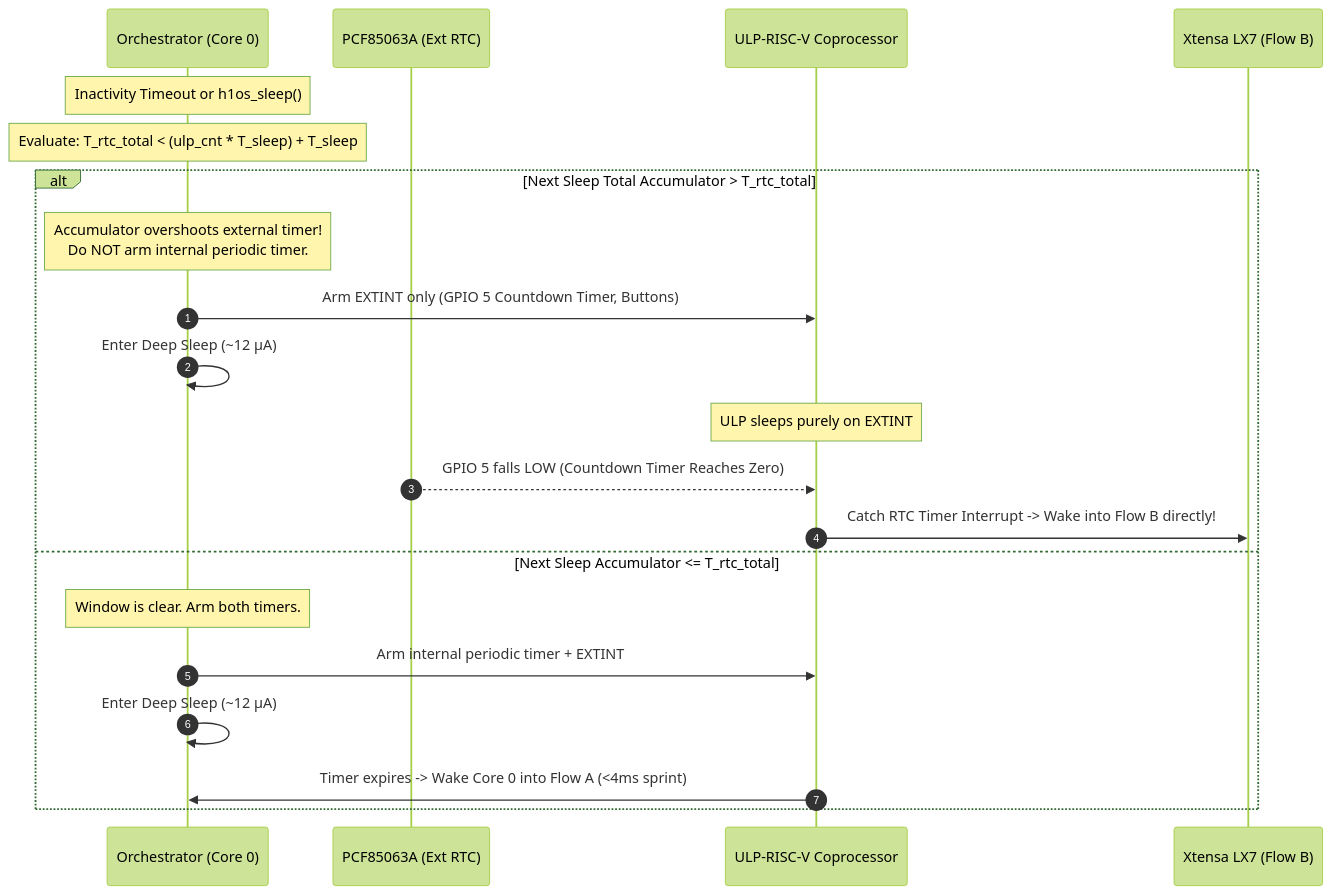
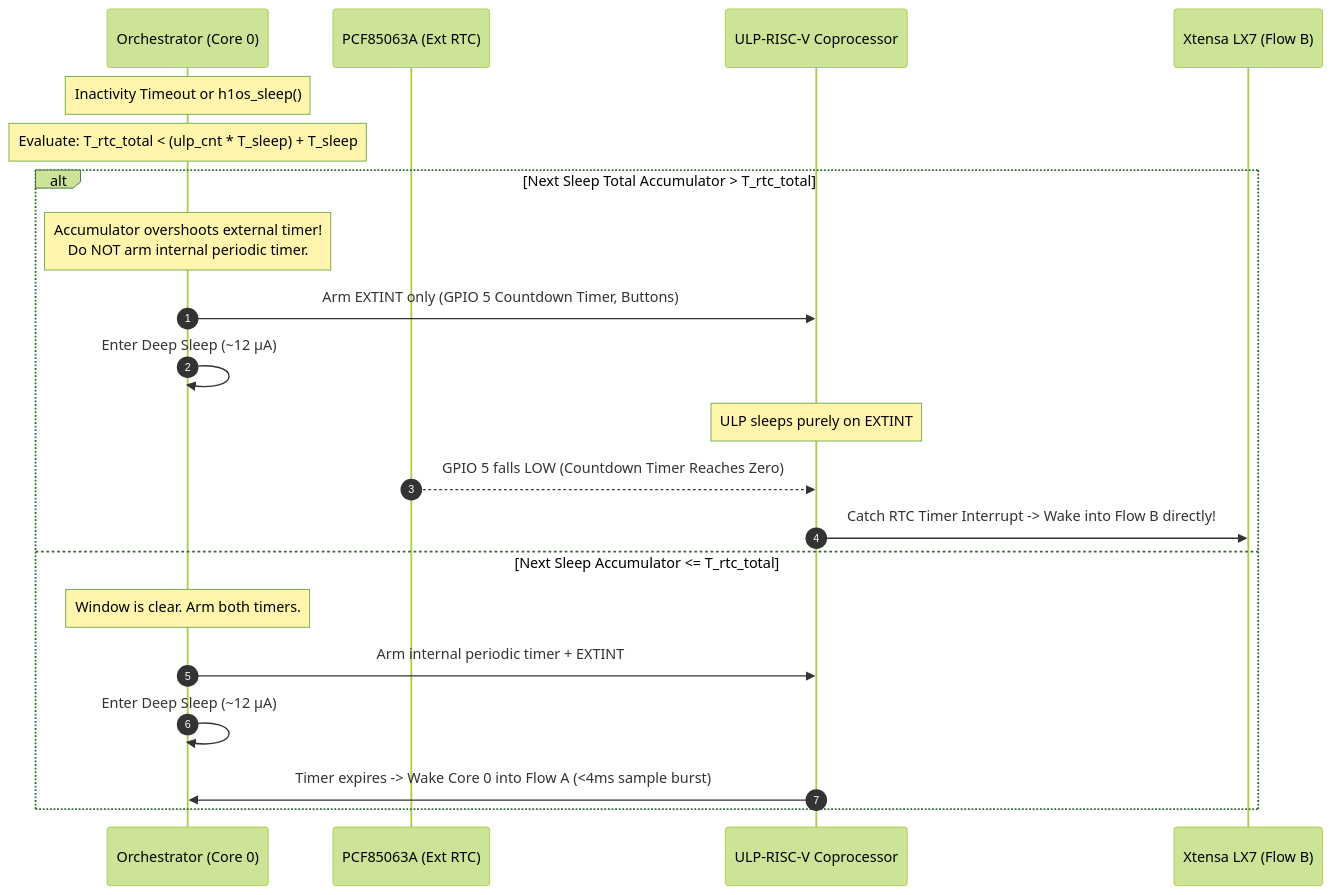
One commit to Humidyne-Labs/H1OS changed the second of 2 diagrams in docs/architecture/07_state_machine.md. Above: the diagram before and after it, drawn with Mermaid (forest theme). The commit also changed other lines of this file and 23 other files, not shown here.

Commit message:
refactor(h1os): deprecate sprint terminology, align sleep sequence, and enforce naming standards

````diff
--- a/docs/architecture/07_state_machine.md
+++ b/docs/architecture/07_state_machine.md
@@ -93,24 +93,24 @@
 ```mermaid
 sequenceDiagram
     autonumber
     participant App as Orchestrator (Core 0)
     participant RTC as PCF85063A (Ext RTC)
     participant ULP as ULP-RISC-V Coprocessor
     participant Xtensa as Xtensa LX7 (Flow B)
 
     Note over App: Inactivity Timeout or h1os_sleep()
     Note over App: Evaluate: T_rtc_total < (ulp_cnt * T_sleep) + T_sleep
     alt Next Sleep Total Accumulator > T_rtc_total
         Note over App: Accumulator overshoots external timer!<br/>Do NOT arm internal periodic timer.
         App->>ULP: Arm EXTINT only (GPIO 5 Countdown Timer, Buttons)
         App->>App: Enter Deep Sleep (~12 µA)
         Note over ULP: ULP sleeps purely on EXTINT
         RTC-->>ULP: GPIO 5 falls LOW (Countdown Timer Reaches Zero)
         ULP->>Xtensa: Catch RTC Timer Interrupt -> Wake into Flow B directly!
     else Next Sleep Accumulator <= T_rtc_total
         Note over App: Window is clear. Arm both timers.
         App->>ULP: Arm internal periodic timer + EXTINT
         App->>App: Enter Deep Sleep (~12 µA)
-        ULP->>App: Timer expires -> Wake Core 0 into Flow A (<4ms sprint)
+        ULP->>App: Timer expires -> Wake Core 0 into Flow A (<4ms sample burst)
     end
 ```
````
